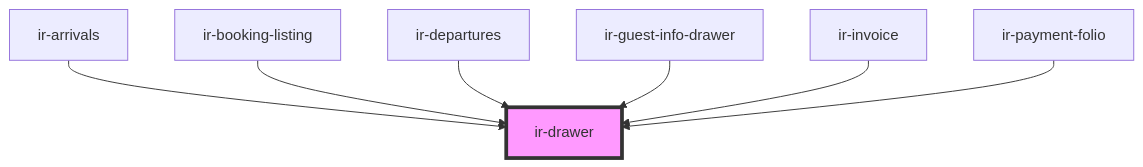
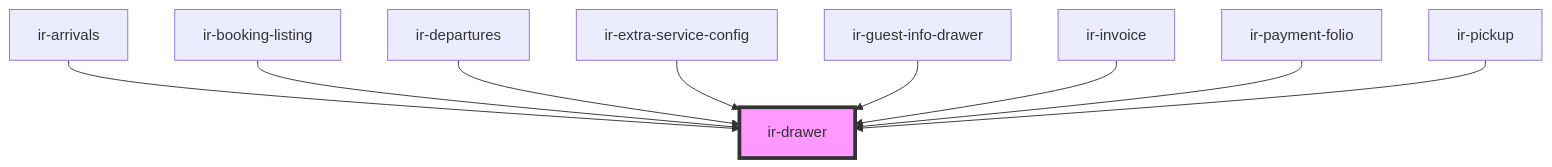
The diagram in src/components/ir-drawer/readme.md (David1Chowaifaty/modified-ir-webcmp), drawn with Mermaid before and after one commit. The commit also changed other lines of this file and 69 other files, not shown here.

````diff
--- a/src/components/ir-drawer/readme.md
+++ b/src/components/ir-drawer/readme.md
@@ -39,10 +41,12 @@
 ```mermaid
 graph TD;
   ir-arrivals --> ir-drawer
   ir-booking-listing --> ir-drawer
   ir-departures --> ir-drawer
+  ir-extra-service-config --> ir-drawer
   ir-guest-info-drawer --> ir-drawer
   ir-invoice --> ir-drawer
   ir-payment-folio --> ir-drawer
+  ir-pickup --> ir-drawer
   style ir-drawer fill:#f9f,stroke:#333,stroke-width:4px
 ```
````
